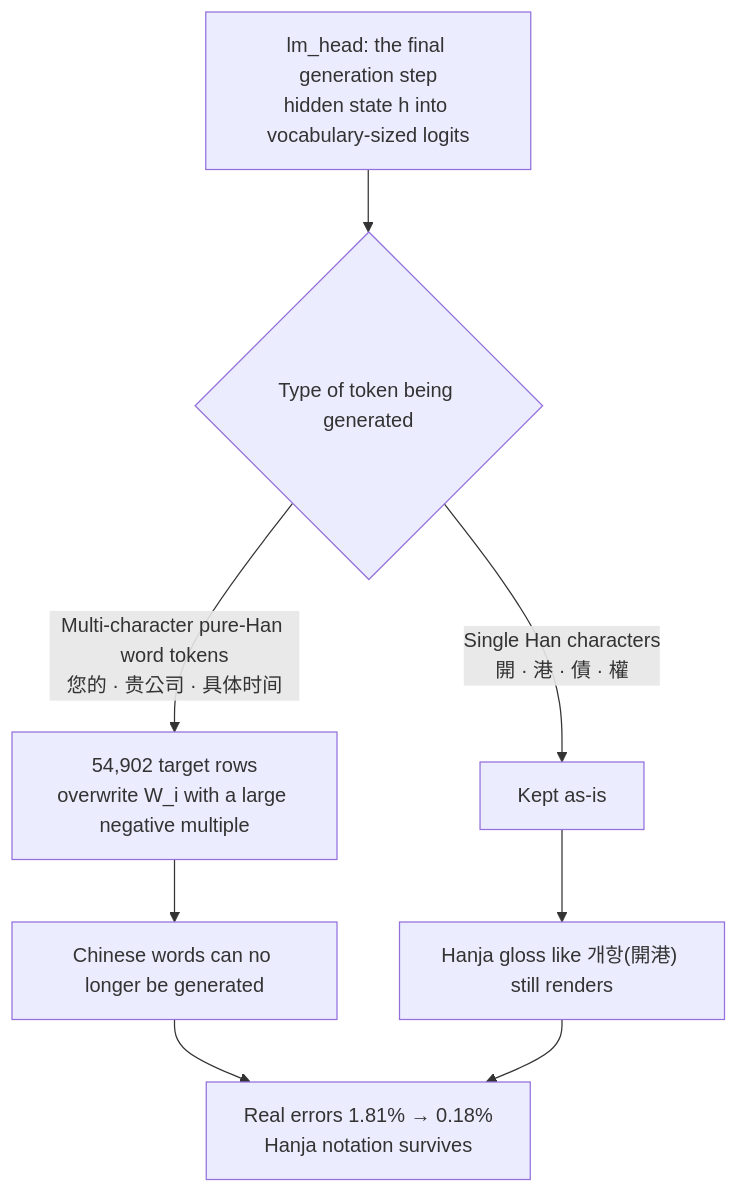
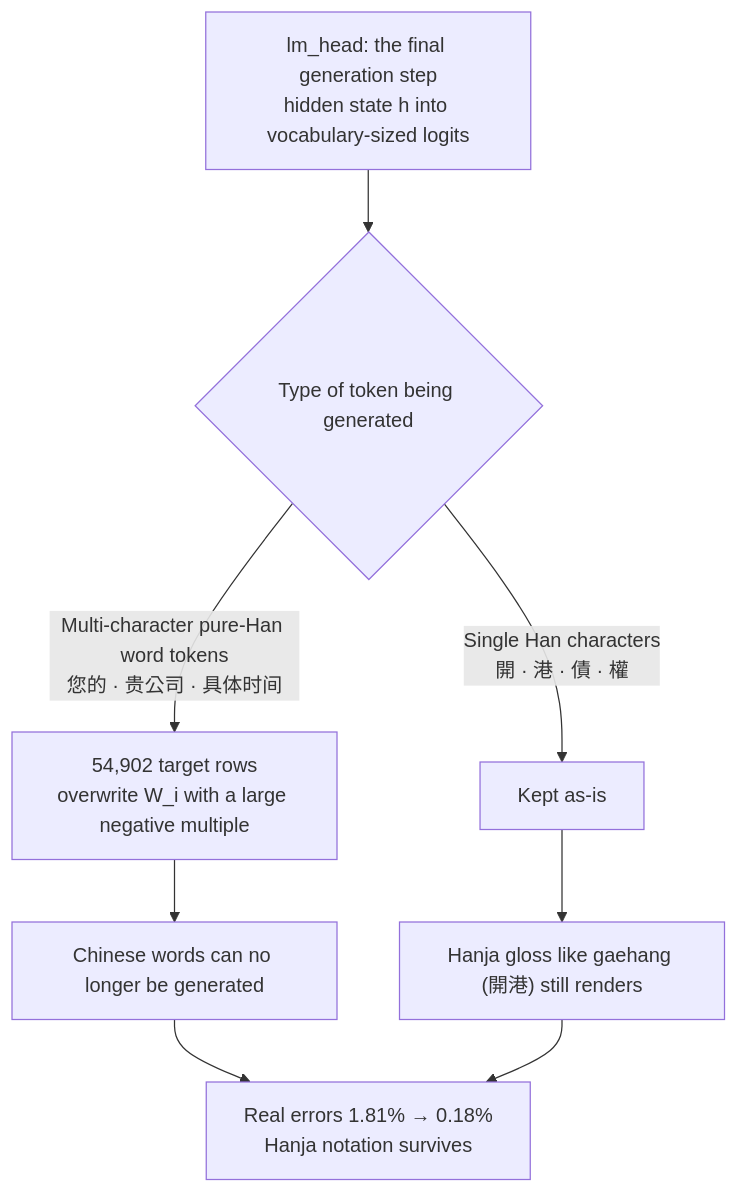
One commit to ThakiCloud/thakicloud.github.io changed the diagram in _posts/en/llmops/2026-09-01-humanko-cjk-vocab-prune.md. Above: the diagram before and after it, drawn with Mermaid. The commit also changed 28 other files, not shown here.

````diff
--- a/_posts/en/llmops/2026-09-01-humanko-cjk-vocab-prune.md
+++ b/_posts/en/llmops/2026-09-01-humanko-cjk-vocab-prune.md
@@ -102,10 +102,10 @@
 ```mermaid
 flowchart TB
     A["lm_head: the final generation step<br/>hidden state h into vocabulary-sized logits"] --> B{"Type of token being generated"}
     B -->|"Multi-character pure-Han word tokens<br/>您的 · 贵公司 · 具体时间"| C["54,902 target rows<br/>overwrite W_i with a large negative multiple"]
     B -->|"Single Han characters<br/>開 · 港 · 債 · 權"| D["Kept as-is"]
     C --> E["Chinese words can no longer be generated"]
-    D --> F["Hanja gloss like 개항(開港) still renders"]
+    D --> F["Hanja gloss like gaehang (開港) still renders"]
     E --> G["Real errors 1.81% → 0.18%<br/>Hanja notation survives"]
     F --> G
 ```
````
